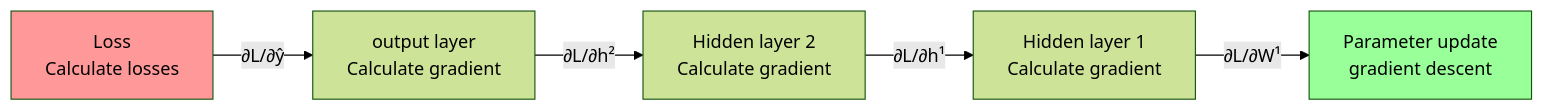
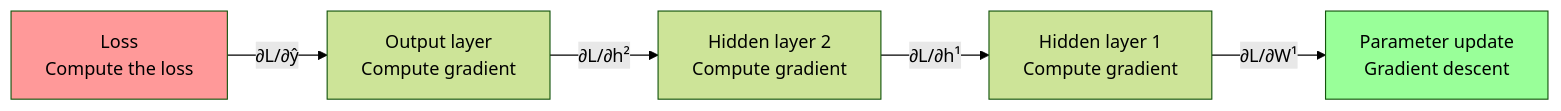
One commit to TingdeLiu/tingdeliu.github.io changed the second of 15 diagrams in _translations/en/research/Deep-Learning-Survey.md. Above: the diagram before and after it, drawn with Mermaid (forest theme). The commit also changed other lines of this file and 51 other files, not shown here.

````diff
--- a/_translations/en/research/Deep-Learning-Survey.md
+++ b/_translations/en/research/Deep-Learning-Survey.md
@@ -216,9 +216,9 @@
 ```mermaid
 flowchart LR
-    Loss["Loss<br/>Calculate losses"] -->|"∂L/∂ŷ"| OutLayer["output layer<br/>Calculate gradient"]
-    OutLayer -->|"∂L/∂h²"| H2["Hidden layer 2<br/>Calculate gradient"]
-    H2 -->|"∂L/∂h¹"| H1["Hidden layer 1<br/>Calculate gradient"]
-    H1 -->|"∂L/∂W¹"| Update["Parameter update<br/>gradient descent"]
+    Loss["Loss<br/>Compute the loss"] -->|"∂L/∂ŷ"| OutLayer["Output layer<br/>Compute gradient"]
+    OutLayer -->|"∂L/∂h²"| H2["Hidden layer 2<br/>Compute gradient"]
+    H2 -->|"∂L/∂h¹"| H1["Hidden layer 1<br/>Compute gradient"]
+    H1 -->|"∂L/∂W¹"| Update["Parameter update<br/>Gradient descent"]
     style Loss fill:#ff9999
     style Update fill:#99ff99
 ```
````
